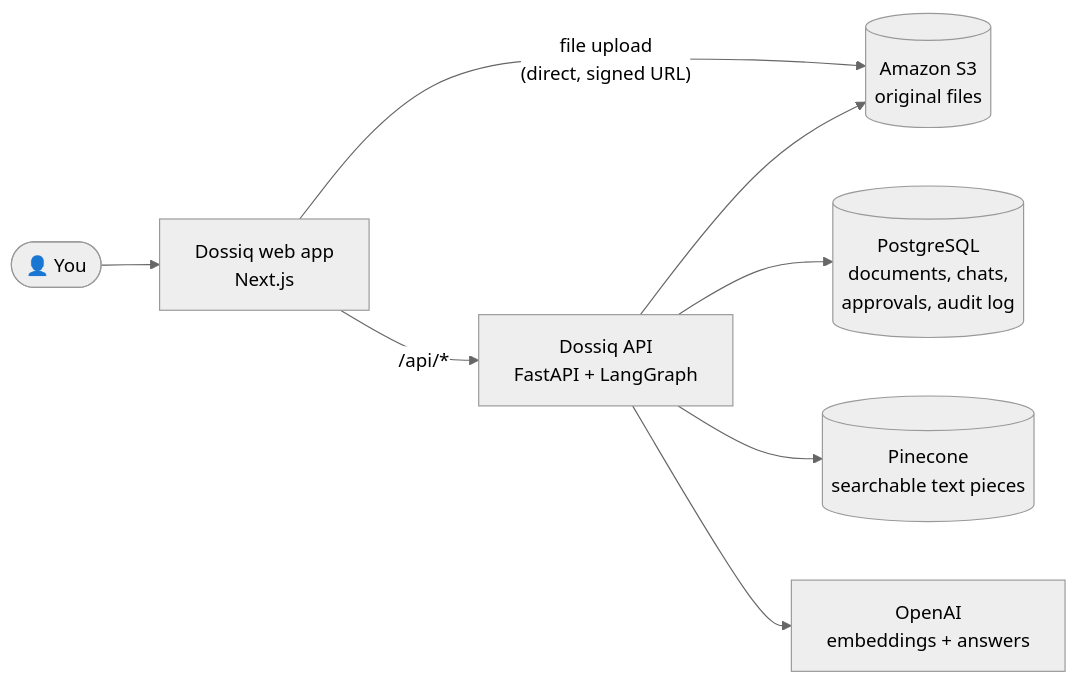
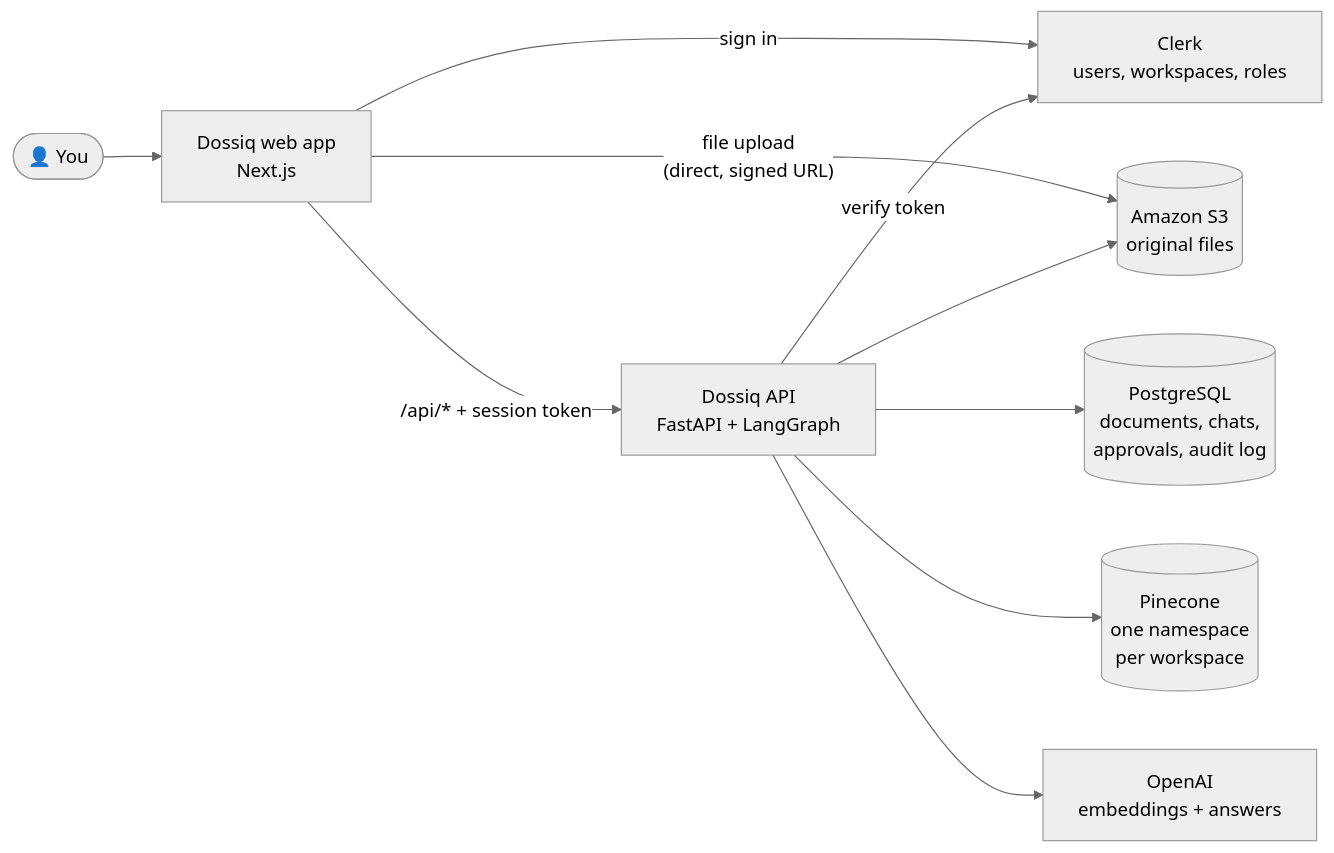
Before and after one commit to syket-git/Dossiq: the first of 5 diagrams in README.md, drawn with Mermaid (neutral theme). The commit also changed other lines of this file and 39 other files, not shown here.

Commit message:
Add Clerk login, multi-workspace support, and admin-only approvals

````diff
--- a/README.md
+++ b/README.md
@@ -147,10 +206,12 @@
 ```mermaid
 flowchart LR
     U([👤 You]) --> FE["Dossiq web app<br/>Next.js"]
-    FE -- "/api/*" --> BE["Dossiq API<br/>FastAPI + LangGraph"]
+    FE -- "sign in" --> CK["Clerk<br/>users, workspaces, roles"]
+    FE -- "/api/* + session token" --> BE["Dossiq API<br/>FastAPI + LangGraph"]
+    BE -- "verify token" --> CK
     FE -- "file upload<br/>(direct, signed URL)" --> S3[("Amazon S3<br/>original files")]
     BE --> S3
     BE --> PG[("PostgreSQL<br/>documents, chats,<br/>approvals, audit log")]
-    BE --> PC[("Pinecone<br/>searchable text pieces")]
+    BE --> PC[("Pinecone<br/>one namespace<br/>per workspace")]
     BE --> AI["OpenAI<br/>embeddings + answers"]
 ```
````
